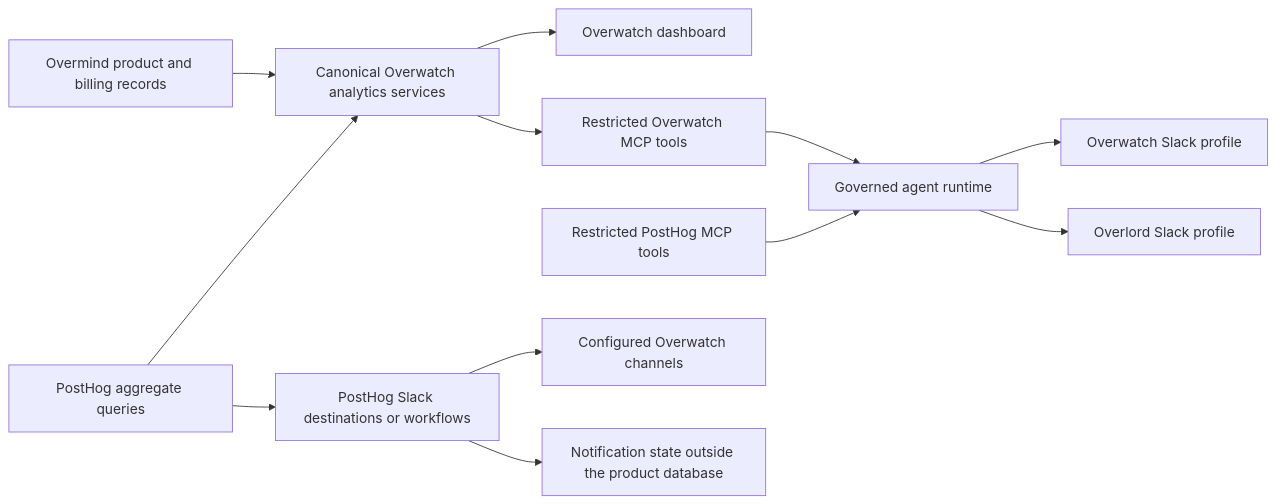
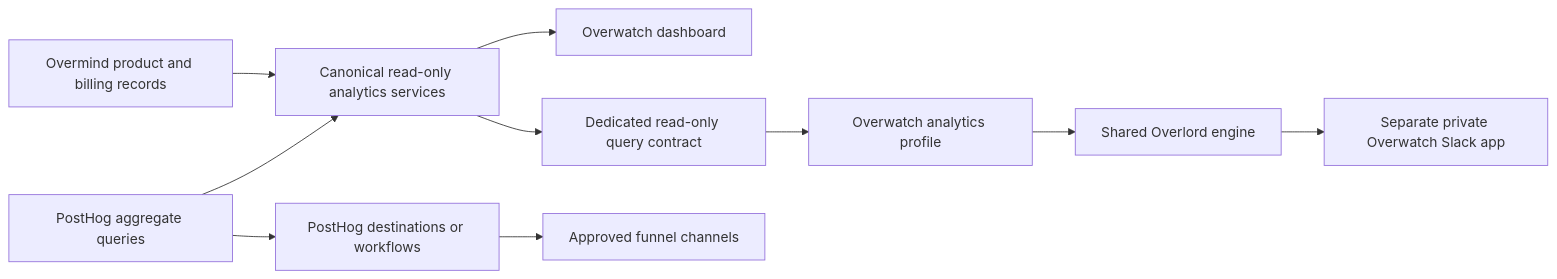
One commit to overmind-core/overmind changed the diagram in docs/overwatch-overlord-mcp.md. Above: the diagram before and after it, drawn with Mermaid. The commit also changed other lines of this file and 17 other files, not shown here.

Commit message:
Connect Overwatch shared Slack engine to dedicated read-only analytics

````diff
--- a/docs/overwatch-overlord-mcp.md
+++ b/docs/overwatch-overlord-mcp.md
@@ -26,14 +24,12 @@
 ```mermaid
 flowchart LR
-    DB[Overmind product and billing records] --> Services[Canonical Overwatch analytics services]
+    DB[Overmind product and billing records] --> Services[Canonical read-only analytics services]
     PH[PostHog aggregate queries] --> Services
     Services --> Dashboard[Overwatch dashboard]
-    Services --> MCP[Restricted Overwatch MCP tools]
-    MCP --> Runtime[Governed agent runtime]
-    PHMCP[Restricted PostHog MCP tools] --> Runtime
-    Runtime --> OW[Overwatch Slack profile]
-    Runtime --> OL[Overlord Slack profile]
-    PH --> Notices[PostHog Slack destinations or workflows]
-    Notices --> Channels[Configured Overwatch channels]
-    Notices --> State[Notification state outside the product database]
+    Services --> API[Dedicated read-only query contract]
+    API --> OW[Overwatch analytics profile]
+    OW --> Engine[Shared Overlord engine]
+    Engine --> Slack[Separate private Overwatch Slack app]
+    PH --> Notices[PostHog destinations or workflows]
+    Notices --> Channels[Approved funnel channels]
 ```
````
